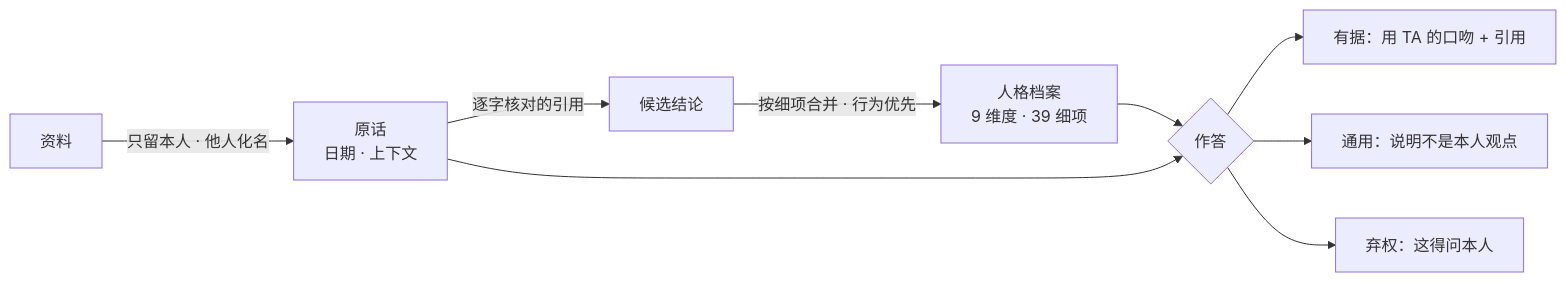
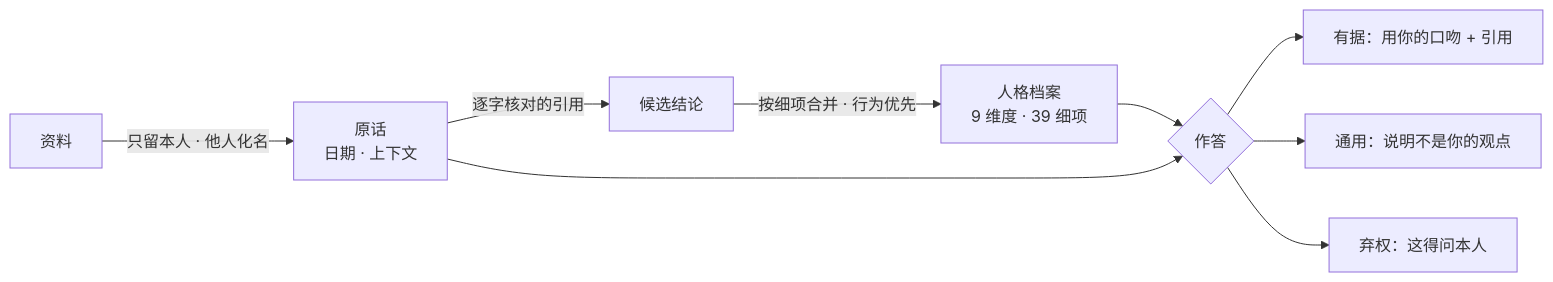
One commit to seasonsolt/twin changed the diagram in README.md. Above: the diagram before and after it, drawn with Mermaid. The commit also changed other lines of this file and 103 other files, not shown here.

````diff
--- a/README.md
+++ b/README.md
@@ -140,11 +113,11 @@
 ```mermaid
 flowchart LR
   S[资料] -->|只留本人 · 他人化名| E[原话<br/>日期 · 上下文]
   E -->|逐字核对的引用| C[候选结论]
   C -->|按细项合并 · 行为优先| I[人格档案<br/>9 维度 · 39 细项]
   I --> Q{作答}
   E --> Q
-  Q --> G[有据：用 TA 的口吻 + 引用]
-  Q --> N[通用：说明不是本人观点]
+  Q --> G[有据：用你的口吻 + 引用]
+  Q --> N[通用：说明不是你的观点]
   Q --> A[弃权：这得问本人]
 ```
````
